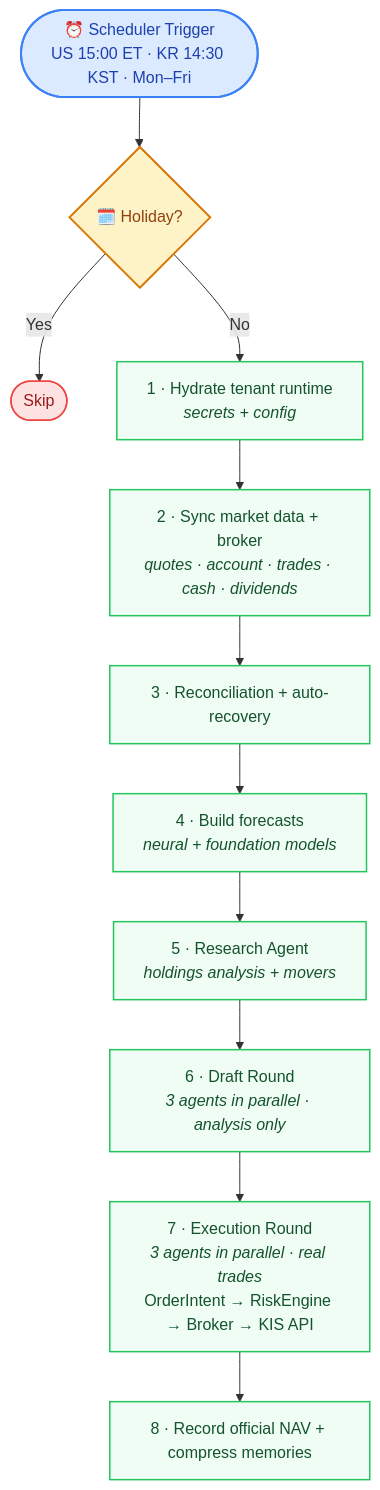
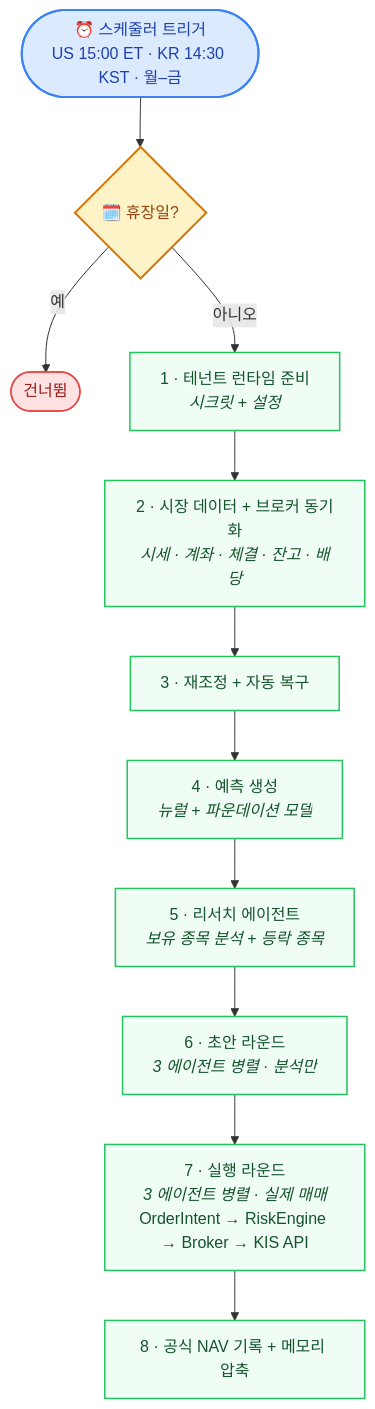
The second of 3 diagrams in README.md (midnightnnn/llm_invest), drawn with Mermaid before and after one commit. The commit also changed other lines of this file and 9 other files, not shown here.

````diff
--- a/README.md
+++ b/README.md
@@ -206,24 +254,24 @@
 ```mermaid
 flowchart TD
-    START(["⏰ Scheduler Trigger<br>US 15:00 ET · KR 14:30 KST · Mon–Fri"])
-    START --> HOL{"🗓️ Holiday?"}
-    HOL -->|"Yes"| SKIP(["Skip"])
-    HOL -->|"No"| H["1 · Hydrate tenant runtime<br><i>secrets + config</i>"]
-    H --> S["2 · Sync market data + broker<br><i>quotes · account · trades · cash · dividends</i>"]
-    S --> R["3 · Reconciliation + auto-recovery"]
-    R --> F["4 · Build forecasts<br><i>neural + foundation models</i>"]
-    F --> RS["5 · Research Agent<br><i>holdings analysis + movers</i>"]
-    RS --> DRAFT["6 · Draft Round<br><i>3 agents in parallel · analysis only</i>"]
-    DRAFT --> EXEC["7 · Execution Round<br><i>3 agents in parallel · real trades</i><br>OrderIntent → RiskEngine → Broker → KIS API"]
-    EXEC --> NAV["8 · Record official NAV + compress memories"]
+    START(["⏰ 스케줄러 트리거<br>US 15:00 ET · KR 14:30 KST · 월–금"])
+    START --> HOL{"🗓️ 휴장일?"}
+    HOL -->|"예"| SKIP(["건너뜀"])
+    HOL -->|"아니오"| H["1 · 테넌트 런타임 준비<br><i>시크릿 + 설정</i>"]
+    H --> S["2 · 시장 데이터 + 브로커 동기화<br><i>시세 · 계좌 · 체결 · 잔고 · 배당</i>"]
+    S --> R["3 · 재조정 + 자동 복구"]
+    R --> F["4 · 예측 생성<br><i>뉴럴 + 파운데이션 모델</i>"]
+    F --> RS["5 · 리서치 에이전트<br><i>보유 종목 분석 + 등락 종목</i>"]
+    RS --> DRAFT["6 · 초안 라운드<br><i>3 에이전트 병렬 · 분석만</i>"]
+    DRAFT --> EXEC["7 · 실행 라운드<br><i>3 에이전트 병렬 · 실제 매매</i><br>OrderIntent → RiskEngine → Broker → KIS API"]
+    EXEC --> NAV["8 · 공식 NAV 기록 + 메모리 압축"]
 
     classDef trigger fill:#dbeafe,stroke:#3b82f6,stroke-width:2px,color:#1e40af
     classDef decision fill:#fef3c7,stroke:#d97706,stroke-width:2px,color:#92400e
     classDef step fill:#f0fdf4,stroke:#22c55e,stroke-width:1.5px,color:#14532d
     classDef skip fill:#fee2e2,stroke:#ef4444,stroke-width:1.5px,color:#991b1b
 
     class START trigger
     class HOL decision
     class H,S,R,F,RS,DRAFT,EXEC,NAV step
     class SKIP skip
 ```
````
